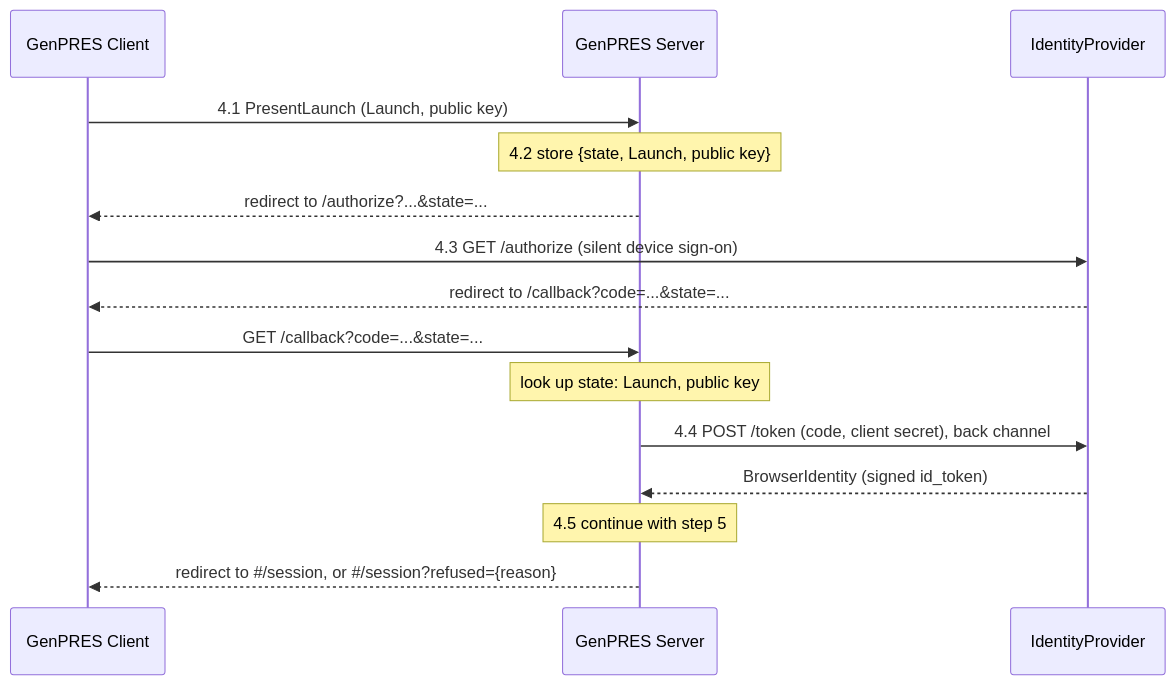
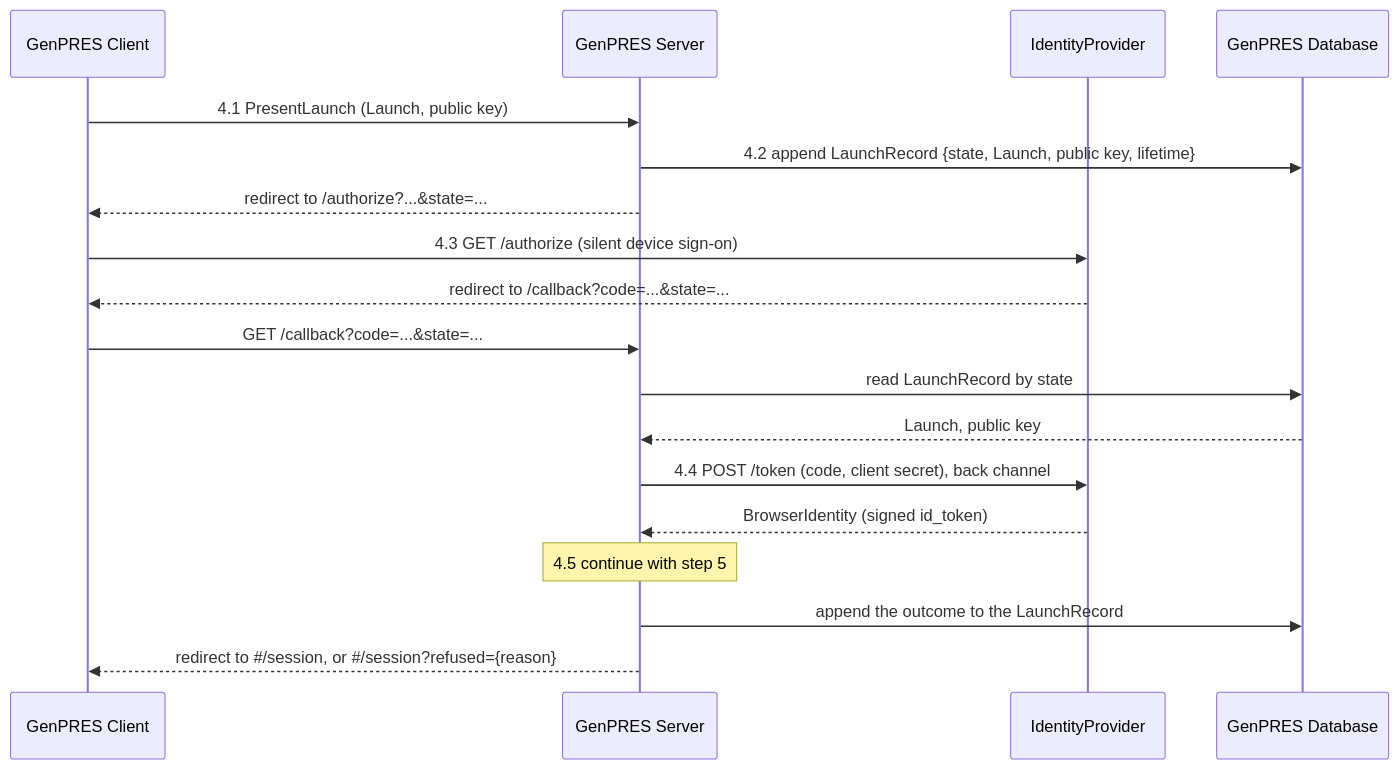
Before and after one commit to informedica/GenPRES: the second of 4 diagrams in docs/scenarios/integration/uc-01-launch.md, drawn with Mermaid. The commit also changed other lines of this file and 1 other file, not shown here.

First line of the commit message:
docs(client): keep the identity-hop state in a LaunchRecord

````diff
--- a/docs/scenarios/integration/uc-01-launch.md
+++ b/docs/scenarios/integration/uc-01-launch.md
@@ -54,18 +54,21 @@
 ```mermaid
 sequenceDiagram
     participant C as GenPRES Client
     participant S as GenPRES Server
     participant I as IdentityProvider
+    participant D as GenPRES Database
 
     C->>S: 4.1 PresentLaunch (Launch, public key)
-    Note over S: 4.2 store {state, Launch, public key}
+    S->>D: 4.2 append LaunchRecord {state, Launch, public key, lifetime}
     S-->>C: redirect to /authorize?...&state=...
     C->>I: 4.3 GET /authorize (silent device sign-on)
     I-->>C: redirect to /callback?code=...&state=...
     C->>S: GET /callback?code=...&state=...
-    Note over S: look up state: Launch, public key
+    S->>D: read LaunchRecord by state
+    D-->>S: Launch, public key
     S->>I: 4.4 POST /token (code, client secret), back channel
     I-->>S: BrowserIdentity (signed id_token)
     Note over S: 4.5 continue with step 5
+    S->>D: append the outcome to the LaunchRecord
     S-->>C: redirect to #35;/session, or #35;/session?refused={reason}
 ```
````
